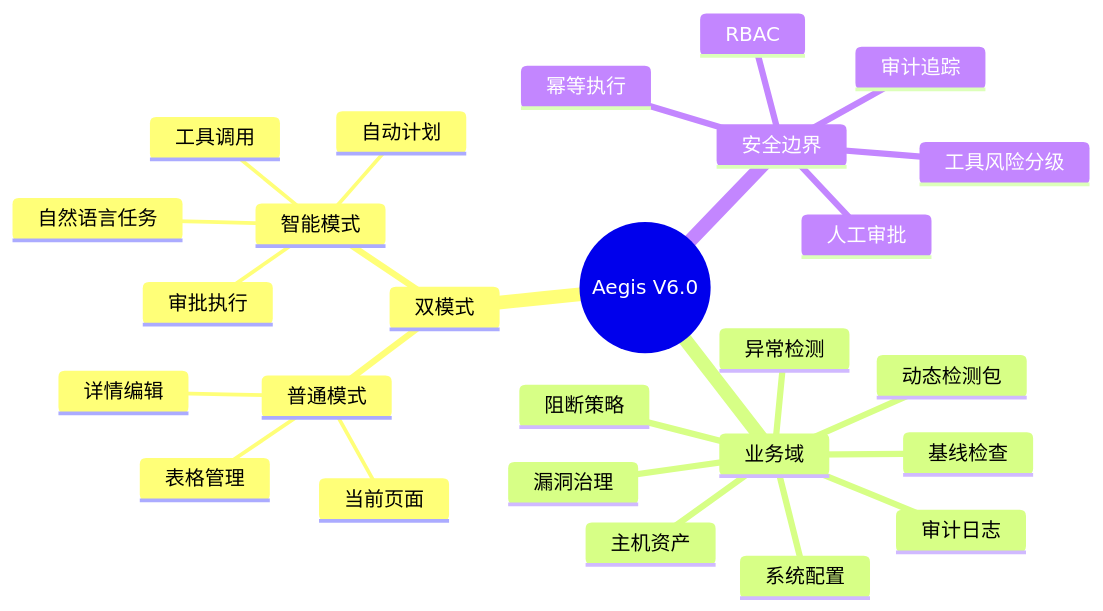
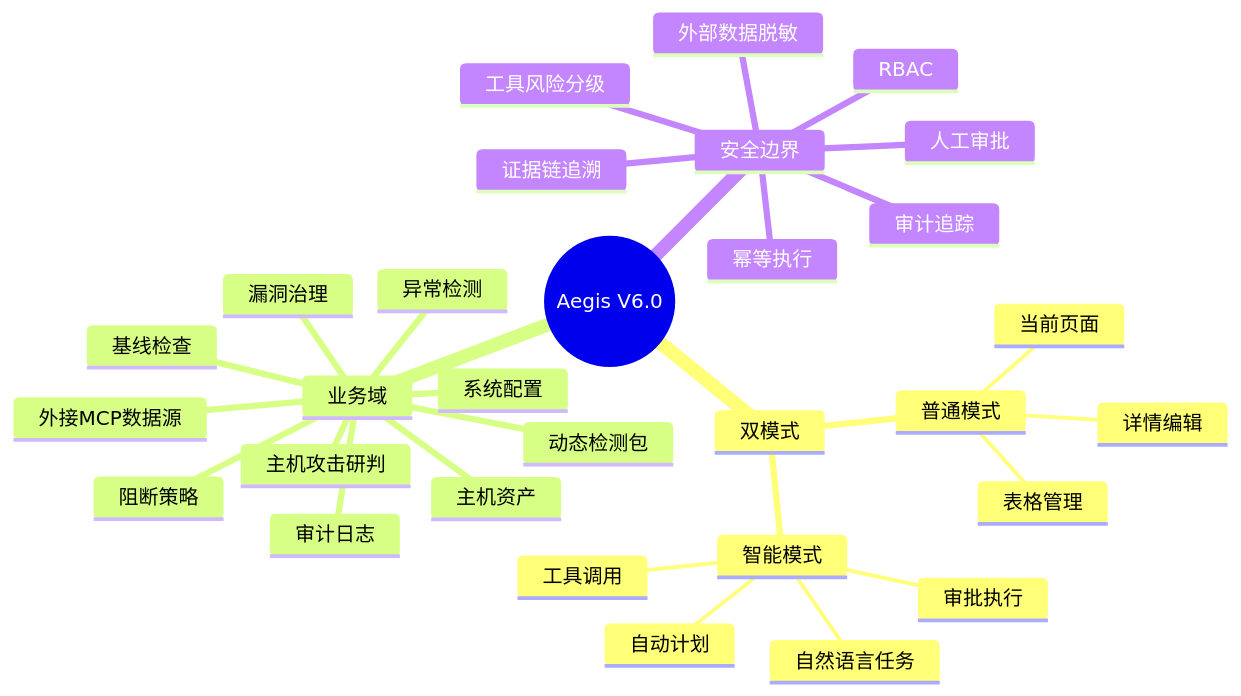
The diagram in docs/aegis_system_design_v6.0/README.md (alex-chenc/aegis), drawn with Mermaid before and after one commit. The commit also changed other lines of this file and 10 other files, not shown here.

````diff
--- a/docs/aegis_system_design_v6.0/README.md
+++ b/docs/aegis_system_design_v6.0/README.md
@@ -56,29 +60,33 @@
 ```mermaid
 mindmap
   root((Aegis V6.0))
     双模式
       普通模式
         当前页面
         表格管理
         详情编辑
       智能模式
         自然语言任务
         自动计划
         工具调用
         审批执行
     业务域
       主机资产
       基线检查
       漏洞治理
       异常检测
       动态检测包
       阻断策略
       系统配置
       审计日志
+      外接MCP数据源
+      主机攻击研判
     安全边界
       工具风险分级
       人工审批
       RBAC
       审计追踪
       幂等执行
+      外部数据脱敏
+      证据链追溯
 ```
````
